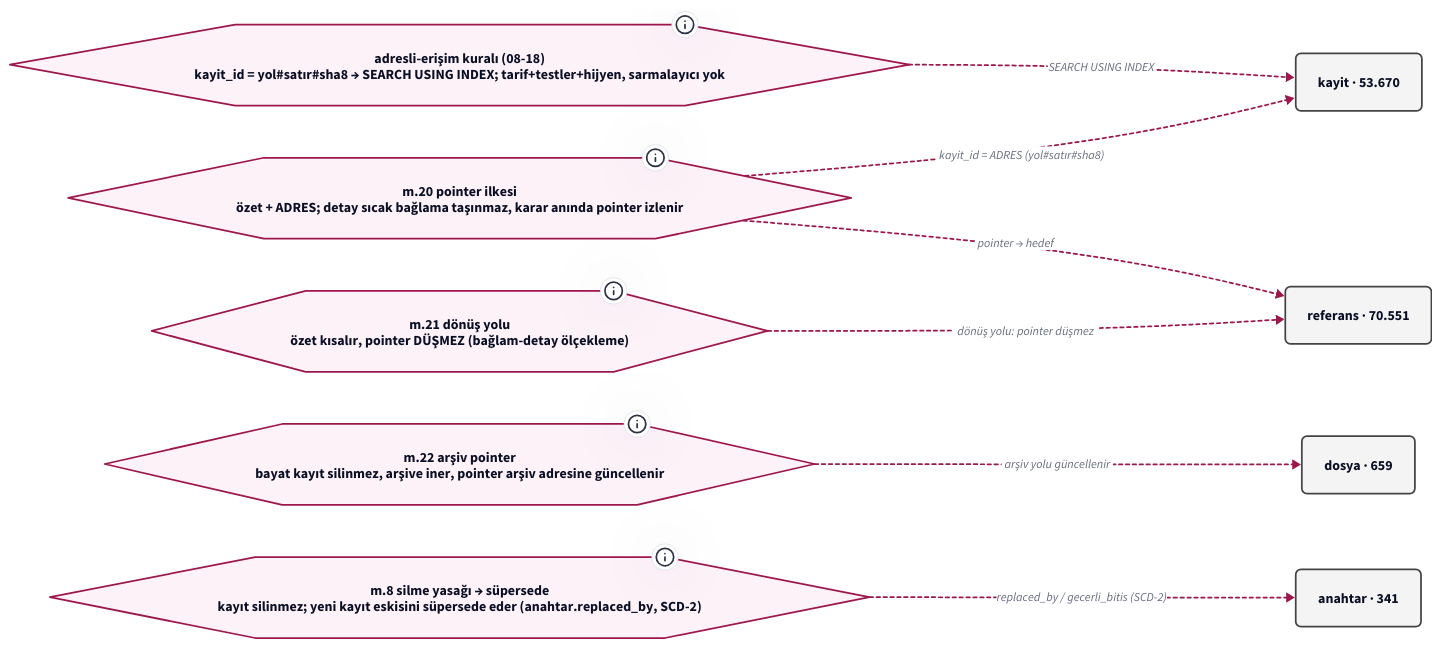
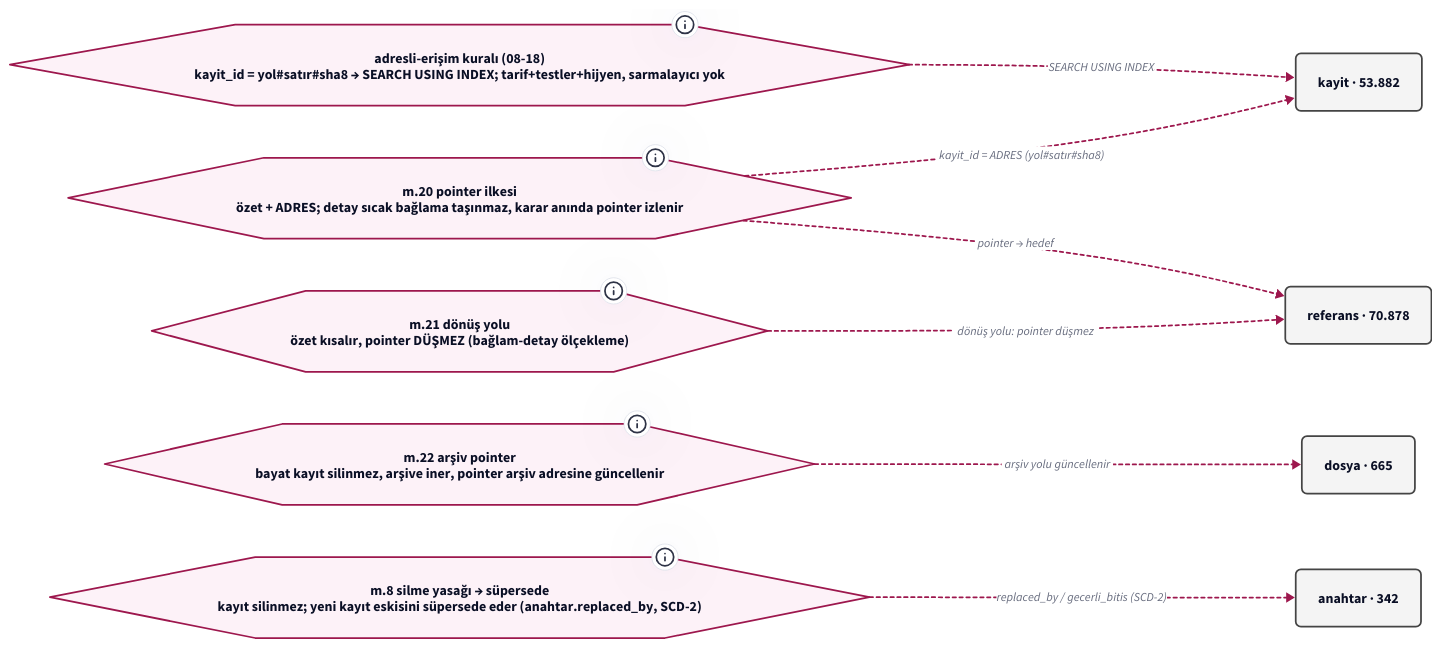
Before and after one commit to salihsahinin/sistem: the diagram in graf/pointer-sistemi-v0-ilke.d2, drawn with D2. The commit also changed 49 other files, not shown here.

```diff
--- a/graf/pointer-sistemi-v0-ilke.d2
+++ b/graf/pointer-sistemi-v0-ilke.d2
@@ -1,33 +1,33 @@
 # Jarvis POINTER SİSTEMİ — POINTER İLKESİ → MEKANİZMA (pano 3/4) (türetilmiş görünüm; ham kaynak silver/bronz)
-# üretici: tools/pointer-graf.py · silver bf215c7 · HEAD bf215c7 · d2 v0.8.1-HEAD · render: d2 --layout=elk (ELK bundled; TALA girmez; determinizm yerel sha256 ile ölçülür — Karar 65)
+# üretici: tools/pointer-graf.py · silver 12df11c · HEAD 12df11c · d2 v0.8.1-HEAD · render: d2 --layout=elk (ELK bundled; TALA girmez; determinizm yerel sha256 ile ölçülür — Karar 65)
 # içerik katmanı: düğüm/kenar = silver'dan script türetimi (LLM yazmaz); ilke/kronoloji = kanon SABİTİ (pointer'lı, script içinde); yorum katmanı = bu # satırları
 direction: right
 classes: {
   kutu: { style: { fill: "#F4F4F4"; stroke: "#444444"; font-size: 16; border-radius: 6 } }
   pointer: { style: { fill: "#E8F0FE"; stroke: "#1A56DB"; border-radius: 6 } }
   anahtar: { style: { fill: "#FFF4E5"; stroke: "#B45309"; border-radius: 6 } }
   hat: { style: { fill: "#ECFDF5"; stroke: "#047857"; bold: true; border-radius: 6 } }
   ilke: { shape: hexagon; style: { fill: "#FDF2F8"; stroke: "#9D174D" } }
   kron: { shape: page; style: { fill: "#FFFFFF"; stroke: "#6B7280" } }
   dis: { shape: cloud; style: { fill: "#FAFAFA"; stroke: "#9CA3AF" } }
   kirik: { style: { stroke: "#DC2626"; stroke-dash: 3; font-size: 14 } }
   supersede: { style: { stroke: "#B45309"; stroke-dash: 5 } }
   fk: { style: { stroke: "#444444"; font-size: 14 } }
   turetir: { style: { stroke: "#047857"; stroke-width: 3 } }
   uygular: { style: { stroke: "#9D174D"; stroke-dash: 2; font-size: 14 } }
 }
 adres: "adresli-erişim kuralı (08-18)\nkayit_id = yol#satır#sha8 → SEARCH USING INDEX; tarif+testler+hijyen, sarmalayıcı yok" { class: ilke; tooltip: "KILAVUZ.md tasarım-ilkeleri · kuyruk/senaryo-defteri.md Karar 62" }
 m20: "m.20 pointer ilkesi\nözet + ADRES; detay sıcak bağlama taşınmaz, karar anında pointer izlenir" { class: ilke; tooltip: "core/tuzuk-v0.md m.20 · wiki/pointer-sistemi.md" }
 m21: "m.21 dönüş yolu\nözet kısalır, pointer DÜŞMEZ (bağlam-detay ölçekleme)" { class: ilke; tooltip: "core/tuzuk-v0.md m.21" }
 m22: "m.22 arşiv pointer\nbayat kayıt silinmez, arşive iner, pointer arşiv adresine güncellenir" { class: ilke; tooltip: "core/tuzuk-v0.md m.22" }
 m8: "m.8 silme yasağı → süpersede\nkayıt silinmez; yeni kayıt eskisini süpersede eder (anahtar.replaced_by, SCD-2)" { class: ilke; tooltip: "core/tuzuk-v0.md m.8 · core/baglam-anahtar-kaydi.md §3" }
-kayit: "kayit · 53.670" { class: kutu }
-referans: "referans · 70.551" { class: kutu }
-dosya: "dosya · 659" { class: kutu }
-anahtar: "anahtar · 341" { class: kutu }
+kayit: "kayit · 53.882" { class: kutu }
+referans: "referans · 70.878" { class: kutu }
+dosya: "dosya · 665" { class: kutu }
+anahtar: "anahtar · 342" { class: kutu }
 adres -> kayit: "SEARCH USING INDEX" { class: uygular }
 m20 -> kayit: "kayit_id = ADRES (yol#satır#sha8)" { class: uygular }
 m20 -> referans: "pointer → hedef" { class: uygular }
 m21 -> referans: "dönüş yolu: pointer düşmez" { class: uygular }
 m22 -> dosya: "arşiv yolu güncellenir" { class: uygular }
 m8 -> anahtar: "replaced_by / gecerli_bitis (SCD-2)" { class: uygular }
```
